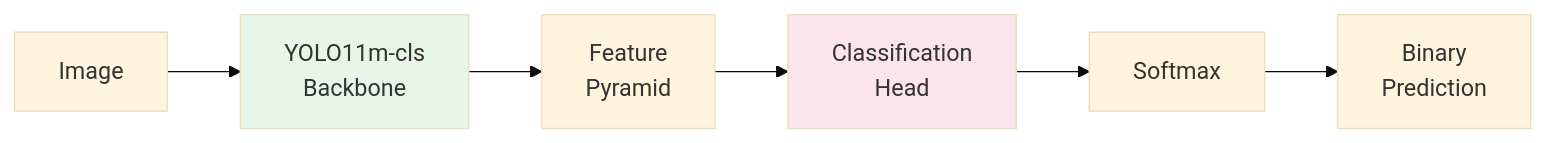
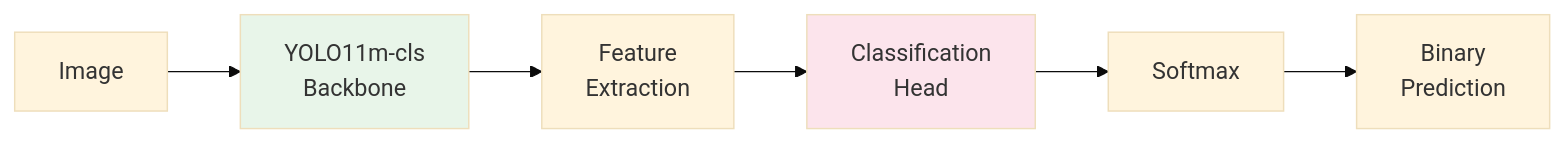
One commit to merojosa/junk-food-ads-classifiers changed the fourth of 4 diagrams in README.md. Above: the diagram before and after it, drawn with Mermaid (base theme). The commit also changed other lines of this file, not shown here.

````diff
--- a/README.md
+++ b/README.md
@@ -105,11 +104,11 @@
 ```mermaid
 flowchart LR
     A[Image] --> B[YOLO11m-cls<br/>Backbone]
-    B --> C[Feature<br/>Pyramid]
+    B --> C[Feature<br/>Extraction]
     C --> D[Classification<br/>Head]
     D --> E[Softmax]
     E --> F[Binary<br/>Prediction]
 
     style B fill:#e8f5e9
     style D fill:#fce4ec
 ```
````
